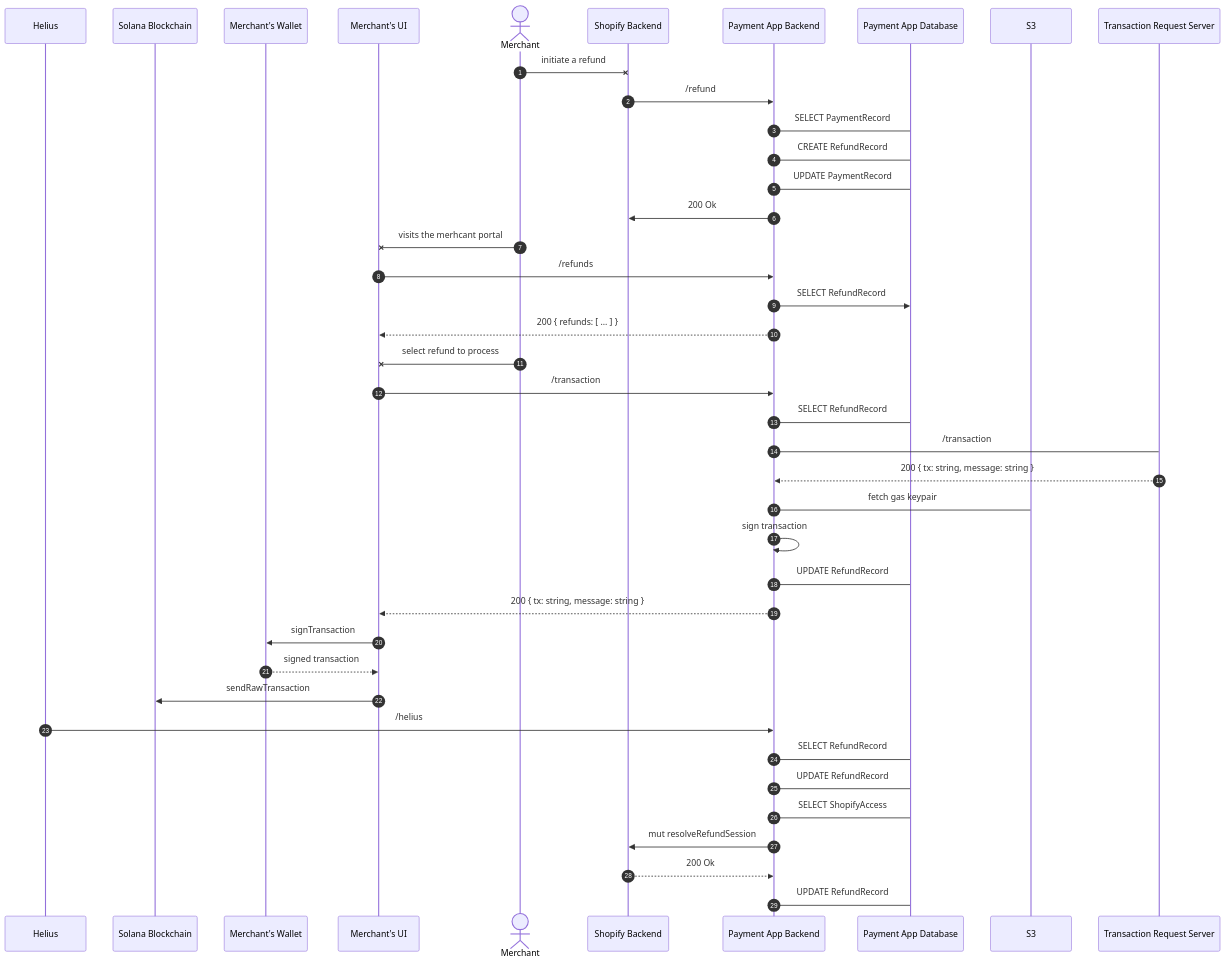
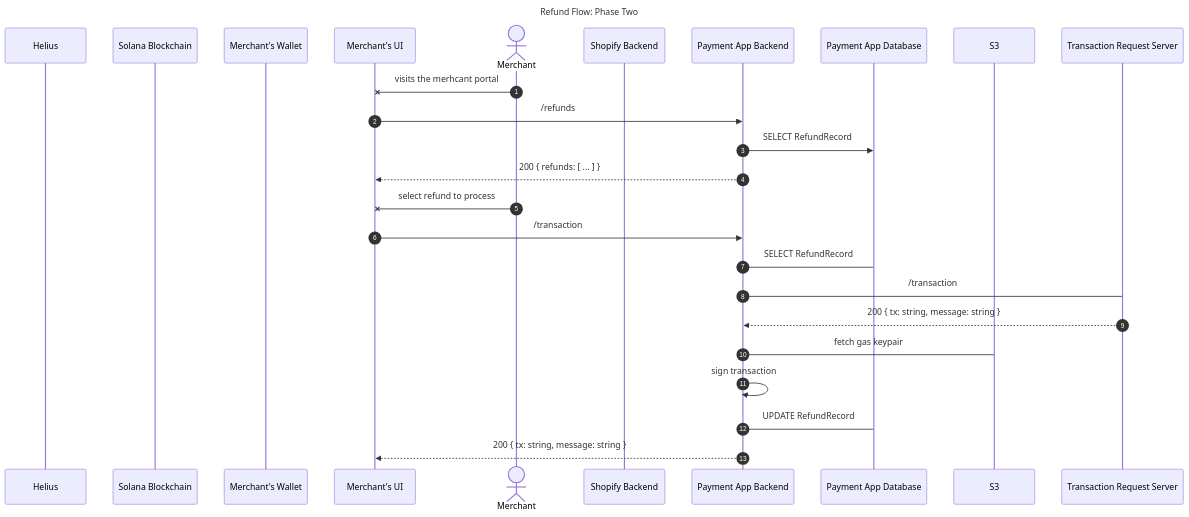
One commit to Tru3Bliss/solana-modern-pay changed the fifth of 8 diagrams in system-design/README.md. Above: the diagram before and after it, drawn with Mermaid. The commit also changed other lines of this file and 280 other files, not shown here.

````diff
--- a/system-design/README.md
+++ b/system-design/README.md
@@ -79,43 +135,28 @@
 ```mermaid
 sequenceDiagram
+    title Refund Flow: Phase Two
     autonumber
     participant Helius
     participant Solana as Solana Blockchain
     participant Wallet as Merchant's Wallet
     participant Portal as Merchant's UI
     actor Merchant
     participant Shop as Shopify Backend
     participant Backend as Payment App Backend
     participant Database as Payment App Database
     participant S3
     participant TRS as Transaction Request Server
-    Merchant-xShop: initiate a refund
-    Shop->>Backend: /refund
-    Backend->Database: SELECT PaymentRecord
-    Backend->Database: CREATE RefundRecord
-    Backend->Database: UPDATE PaymentRecord
-    Backend->>Shop: 200 Ok
     Merchant-xPortal: visits the merhcant portal
     Portal->>Backend: /refunds
     Backend->>Database: SELECT RefundRecord
     Backend-->>Portal: 200 { refunds: [ ... ] }
     Merchant-xPortal: select refund to process
     Portal->>Backend: /transaction
     Backend->Database: SELECT RefundRecord
     Backend->TRS: /transaction
     TRS-->>Backend: 200 { tx: string, message: string }
     Backend->S3: fetch gas keypair
     Backend->>Backend: sign transaction
     Backend->Database: UPDATE RefundRecord
     Backend-->>Portal: 200 { tx: string, message: string }
-    Portal->>Wallet: signTransaction
-    Wallet-->>Portal: signed transaction
-    Portal->>Solana: sendRawTransaction
-    Helius->>Backend: /helius
-    Backend->Database: SELECT RefundRecord
-    Backend->Database: UPDATE RefundRecord
-    Backend->Database: SELECT ShopifyAccess
-    Backend->>Shop: mut resolveRefundSession
-    Shop-->>Backend: 200 Ok
-    Backend->Database: UPDATE RefundRecord
 ```
````
